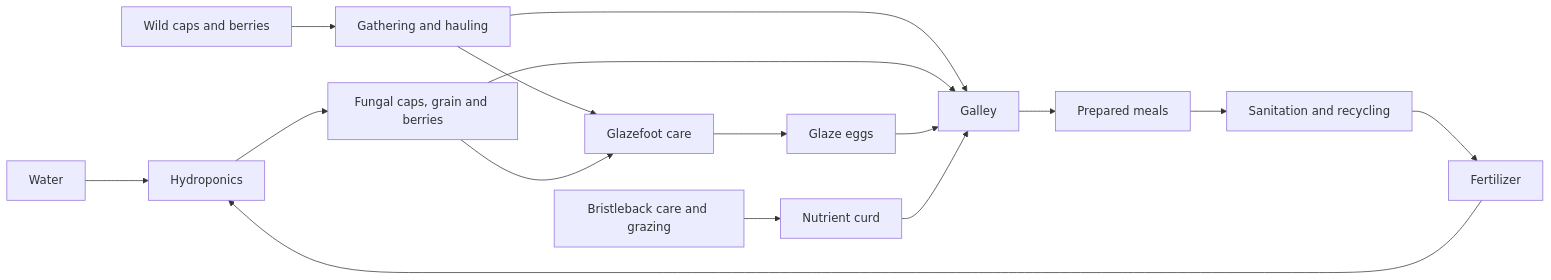
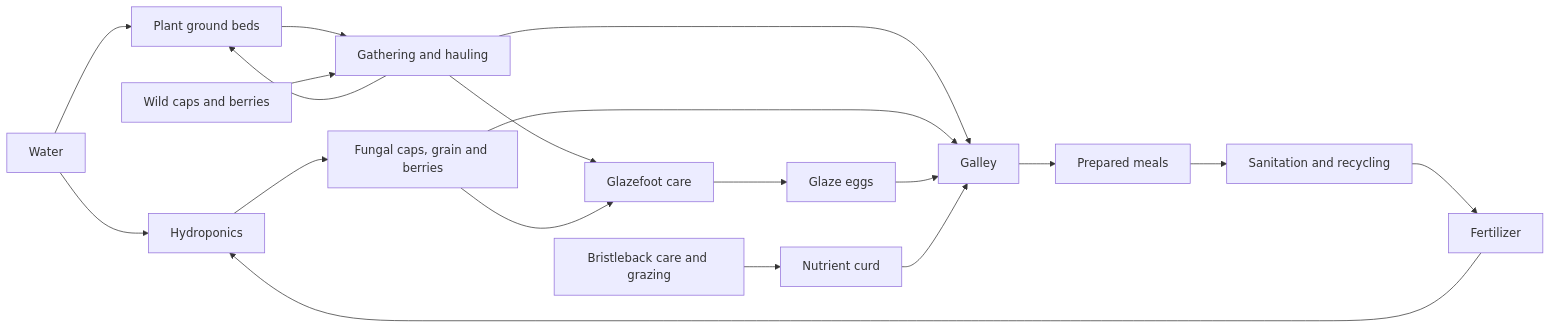
The diagram in docs/food-and-ecology.md (Jaredcastorena/spacefortress), drawn with Mermaid before and after one commit. The commit also changed other lines of this file and 30 other files, not shown here.

Commit message:
Add cultivated ground beds and finite watering

````diff
--- a/docs/food-and-ecology.md
+++ b/docs/food-and-ecology.md
@@ -9,18 +9,21 @@
 ```mermaid
 flowchart LR
   W[Water] --> F[Hydroponics]
+  H --> P[Plant ground beds]
+  W --> P
+  P --> H
   N[Fertilizer] --> F
   F --> G[Fungal caps, grain and berries]
   V[Wild caps and berries] --> H[Gathering and hauling]
   H --> A[Glazefoot care]
   H --> K[Galley]
   G --> A
   A --> E[Glaze eggs]
   B[Bristleback care and grazing] --> C[Nutrient curd]
   G --> K[Galley]
   E --> K
   C --> K
   K --> M[Prepared meals]
   M --> S[Sanitation and recycling]
   S --> N
 ```
````
